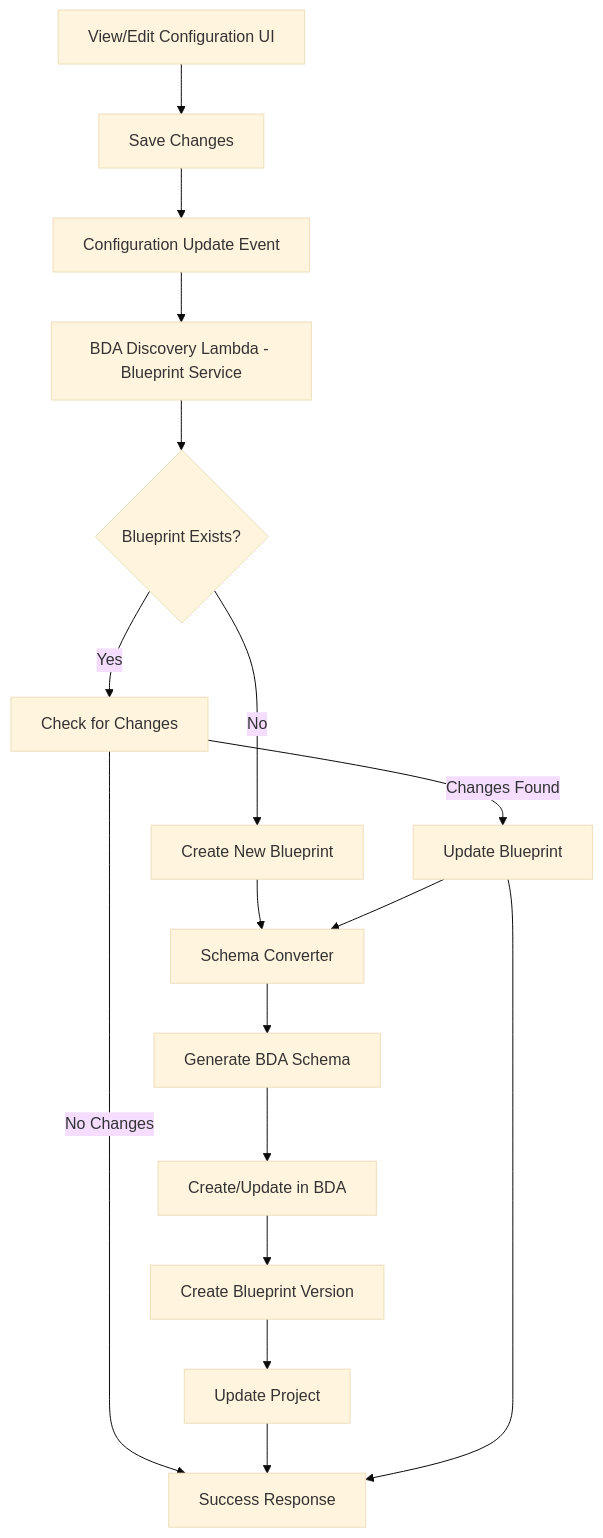
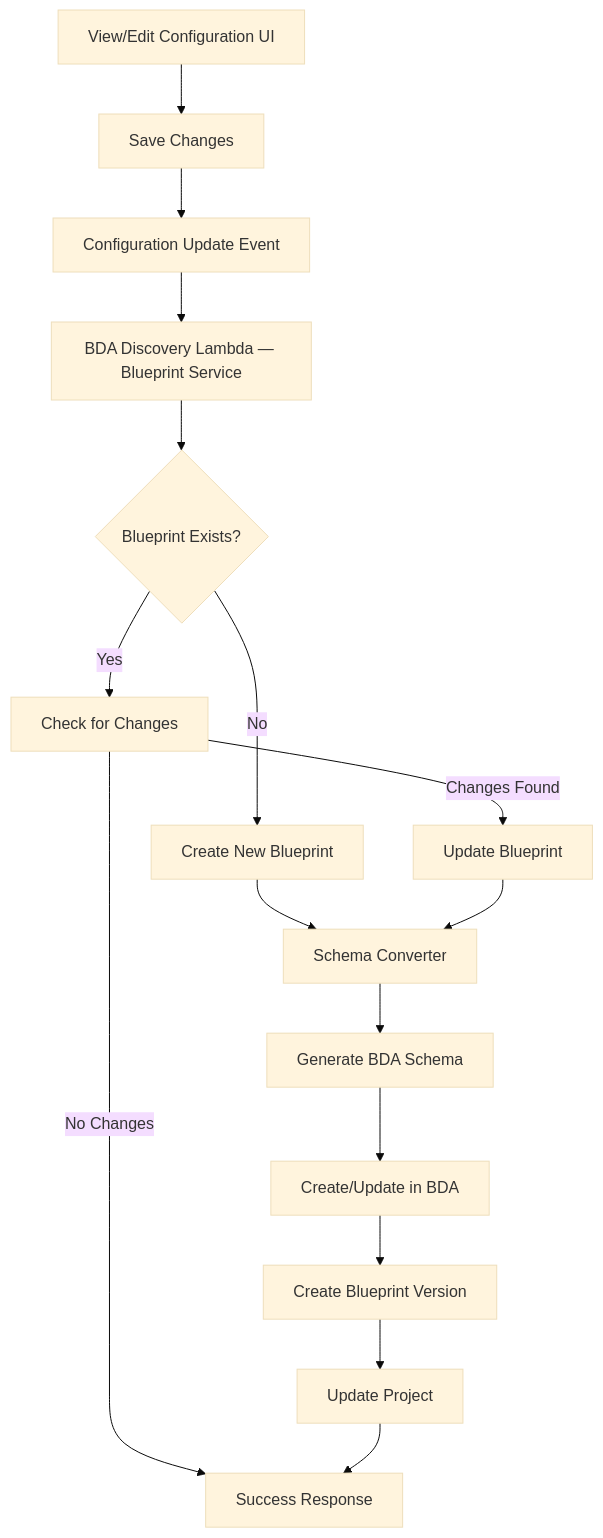
One commit to cdklabs/genai-idp changed the second of 4 diagrams in sources/docs/discovery.md. Above: the diagram before and after it, drawn with Mermaid (base theme). The commit also changed other lines of this file and 769 other files, not shown here.

````diff
--- a/sources/docs/discovery.md
+++ b/sources/docs/discovery.md
@@ -242,19 +709,18 @@
 ```mermaid
 graph TD
     A[View/Edit Configuration UI] --> B[Save Changes]
     B --> C[Configuration Update Event]
-    C --> D[BDA Discovery Lambda - Blueprint Service]
+    C --> D[BDA Discovery Lambda — Blueprint Service]
     D --> E{Blueprint Exists?}
     E -->|Yes| F[Check for Changes]
     E -->|No| G[Create New Blueprint]
     F -->|Changes Found| H[Update Blueprint]
     F -->|No Changes| N[Skip Update]
     G --> I[Schema Converter]
-    H --> I[Schema Converter]
+    H --> I
     I --> J[Generate BDA Schema]
     J --> K[Create/Update in BDA]
     K --> L[Create Blueprint Version]
     L --> M[Update Project]
     M --> N[Success Response]
-    H --> N
 ```
````
